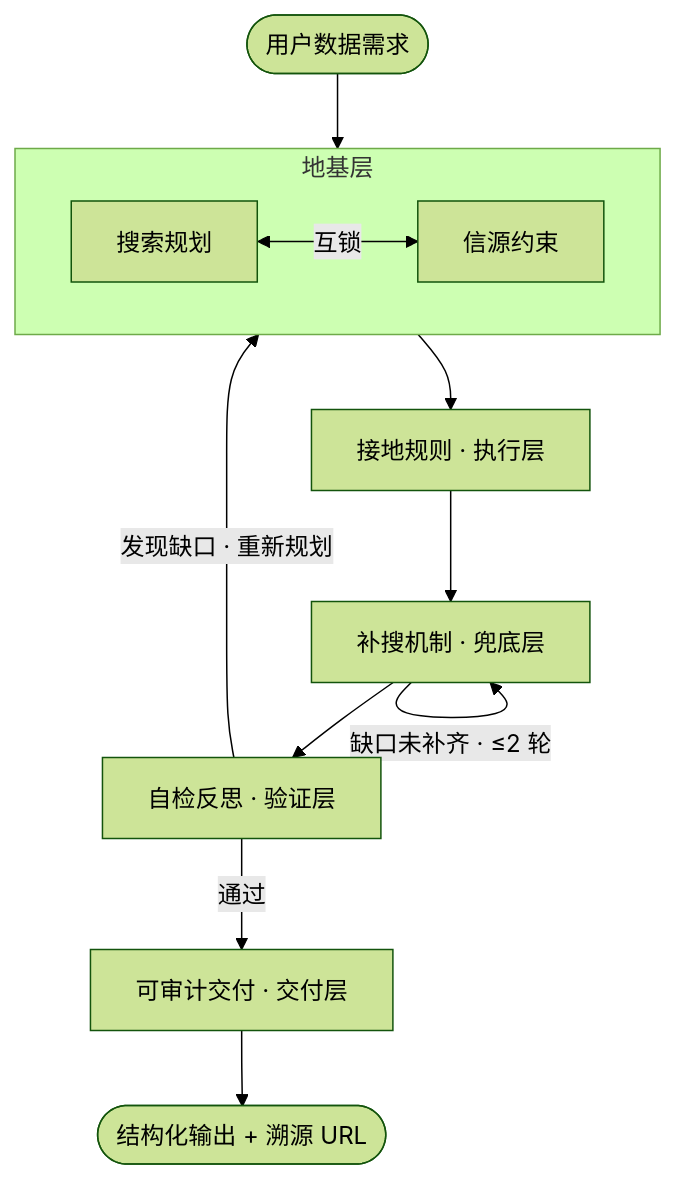
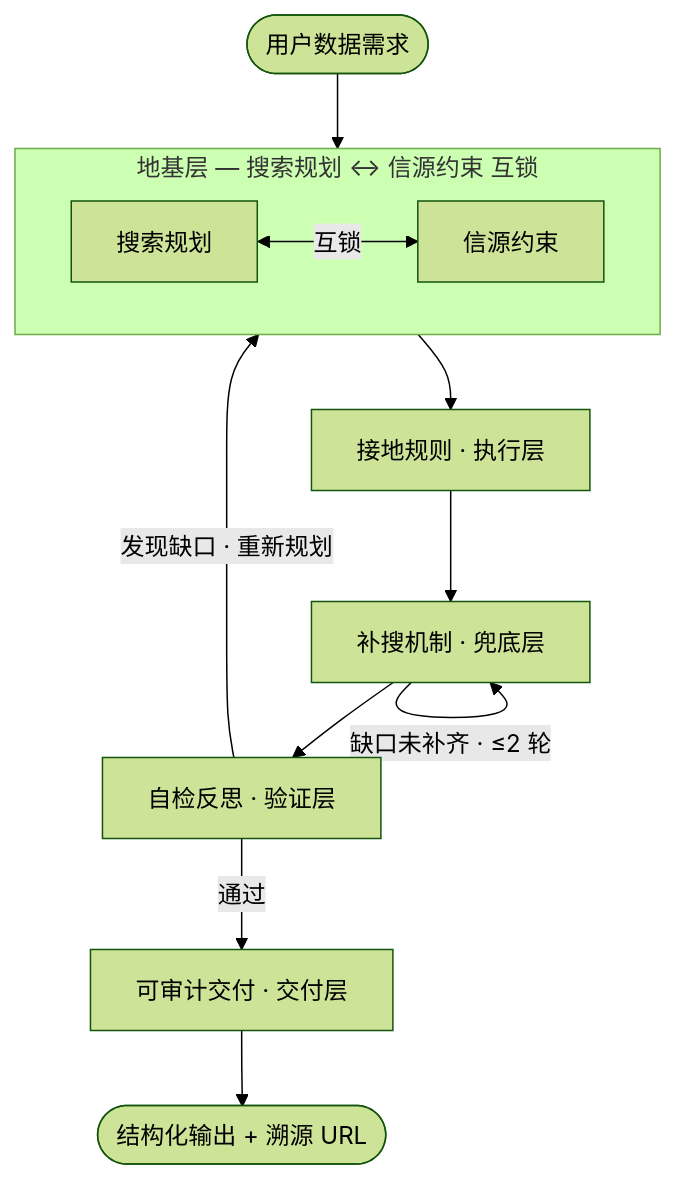
Before and after one commit to paperpoon-lang/trusted-retrieval-skills: the first of 2 diagrams in README.md, drawn with Mermaid (forest theme). The commit also changed other lines of this file, not shown here.

Commit message:
docs: README v2 — 双Skill卡式布局 + 销售专属mermaid图 + 模块对比表

````diff
--- a/README.md
+++ b/README.md
@@ -22,17 +43,17 @@
 ```mermaid
 flowchart TD
     Q([用户数据需求]) --> A
 
-    subgraph ground["地基层"]
+    subgraph ground["地基层 — 搜索规划 ↔ 信源约束 互锁"]
         direction LR
         A[搜索规划] <-->|互锁| B[信源约束]
     end
 
     ground --> C[接地规则 · 执行层]
     C --> D[补搜机制 · 兜底层]
     D -->|缺口未补齐 · ≤2 轮| D
     D --> E[自检反思 · 验证层]
     E -->|发现缺口 · 重新规划| A
     E -->|通过| F[可审计交付 · 交付层]
     F --> Z([结构化输出 + 溯源 URL])
 ```
````
